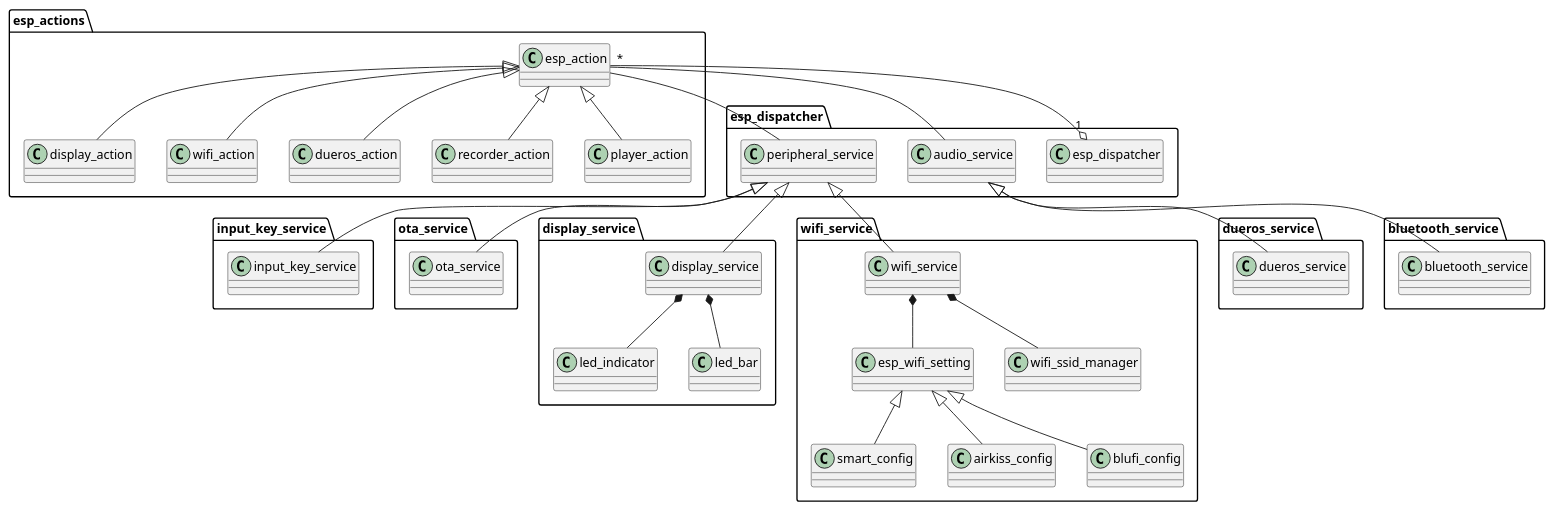
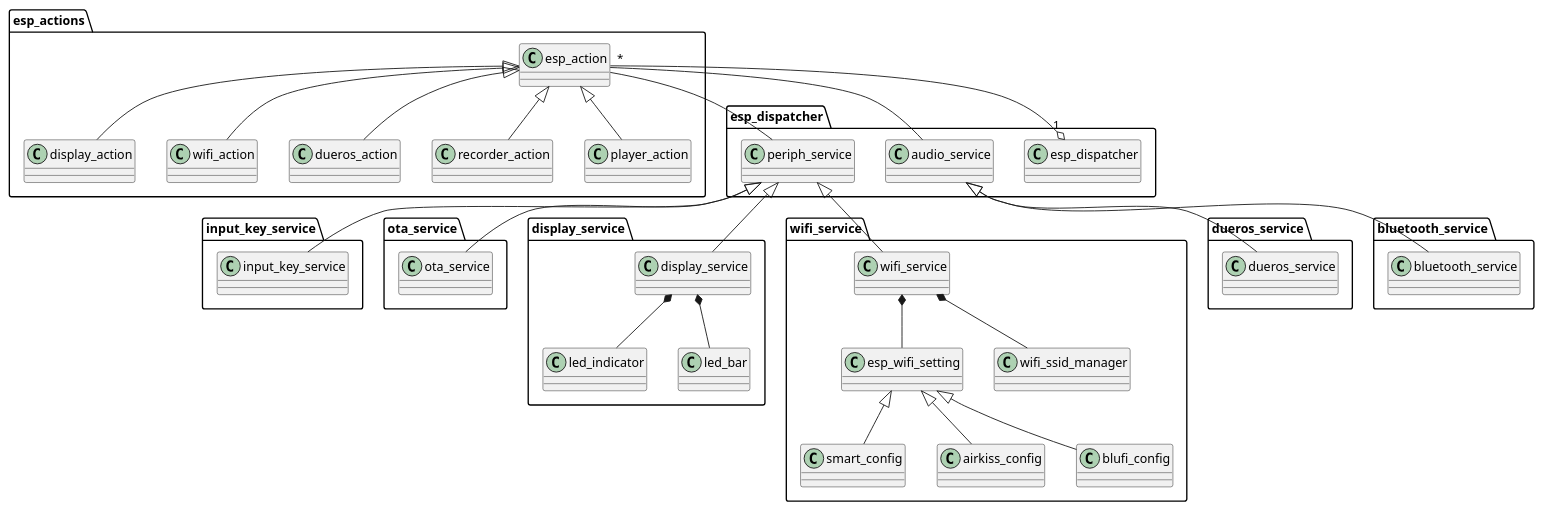
One commit to liangzhu2008/learn-esp-adf changed the diagram in docs/inside-dispatcher/dispatcher_overview.rst. Above: the diagram before and after it, drawn with PlantUML. The commit also changed 2 other files, not shown here.

Commit message:
加入 periph_service 序列图

```diff
--- a/docs/inside-dispatcher/dispatcher_overview.rst
+++ b/docs/inside-dispatcher/dispatcher_overview.rst
@@ -42,45 +42,45 @@
 .. uml::
 
   package esp_actions {
     esp_action <|-- display_action
     esp_action <|-- wifi_action
     esp_action <|-- dueros_action
     esp_action <|-- recorder_action
     esp_action <|-- player_action
   }
 
   package esp_dispatcher {
     esp_dispatcher "1" o-- "*" esp_action
-    esp_action -- peripheral_service
+    esp_action -- periph_service
     esp_action -- audio_service
   }
 
   package dueros_service {
     audio_service <|-- dueros_service
   }
   package bluetooth_service {
     audio_service <|-- bluetooth_service
   }
 
   package input_key_service {
-    peripheral_service <|-- input_key_service
+    periph_service <|-- input_key_service
   }
   
   package ota_service {
-    peripheral_service <|-- ota_service
+    periph_service <|-- ota_service
   }
 
   package display_service {
-    peripheral_service <|-- display_service
+    periph_service <|-- display_service
     display_service *-- led_indicator
     display_service *-- led_bar
   }
 
   package wifi_service {
-    peripheral_service <|-- wifi_service
+    periph_service <|-- wifi_service
     wifi_service *-- esp_wifi_setting
     wifi_service *-- wifi_ssid_manager
     esp_wifi_setting <|-- smart_config
     esp_wifi_setting <|-- airkiss_config
     esp_wifi_setting <|-- blufi_config
   }
```
